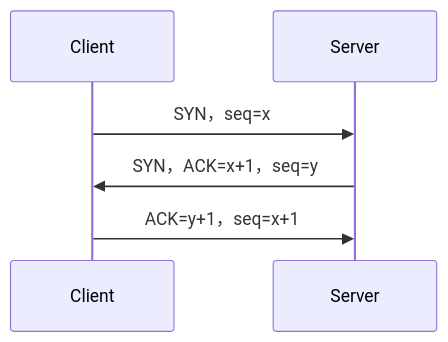
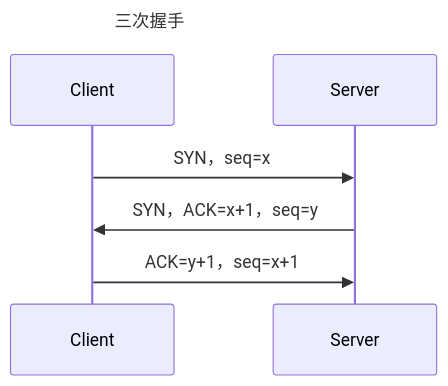
One commit to wohtnaw/wohtnawmarkdown changed the diagram in markdown/markdown/网络/TCP_IP协议.md. Above: the diagram before and after it, drawn with Mermaid.

Commit message:
为TCP_IP协议中的建立连接示意图添加了标题，标题为"三次握手"

````diff
--- a/markdown/markdown/网络/TCP_IP协议.md
+++ b/markdown/markdown/网络/TCP_IP协议.md
@@ -45,6 +45,7 @@
 ```mermaid
 sequenceDiagram
+    title 三次握手
     Client ->> Server: SYN，seq=x
     Server ->> Client: SYN，ACK=x+1，seq=y
     Client ->> Server: ACK=y+1，seq=x+1
 ```
````
